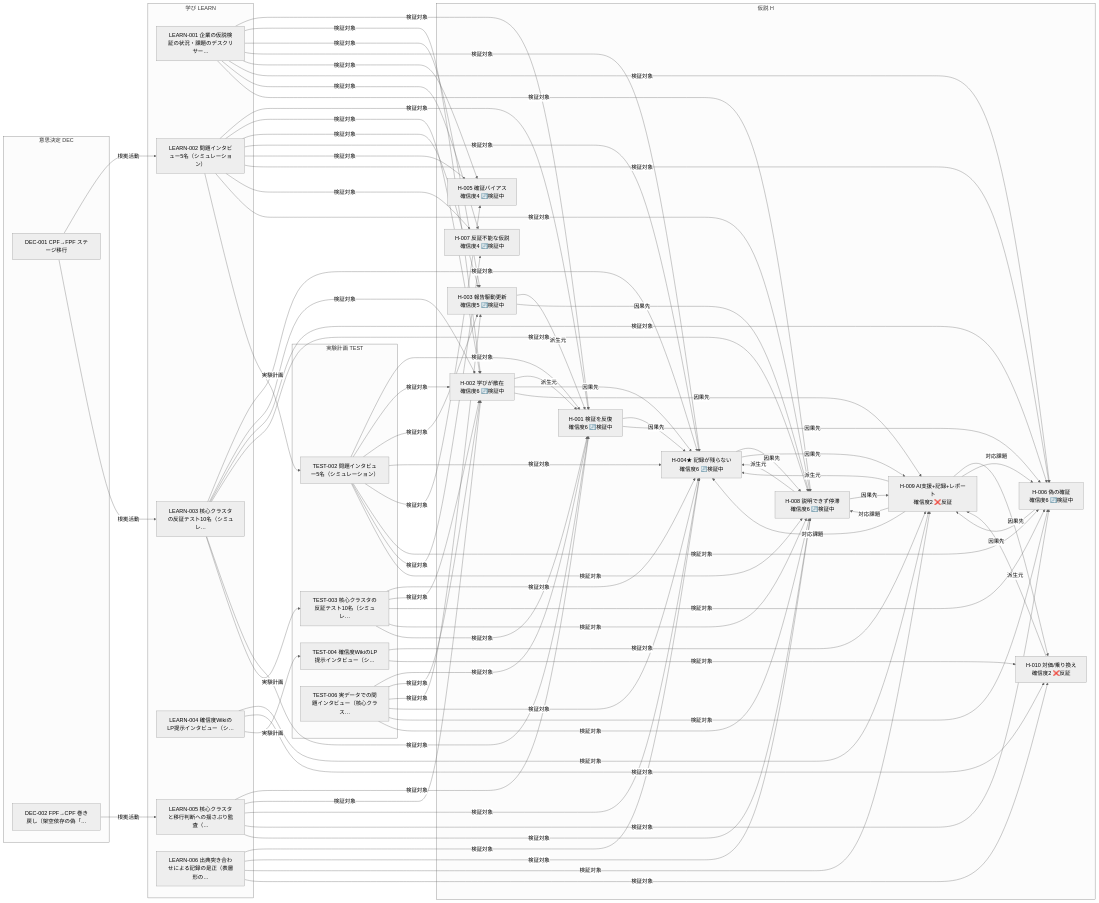
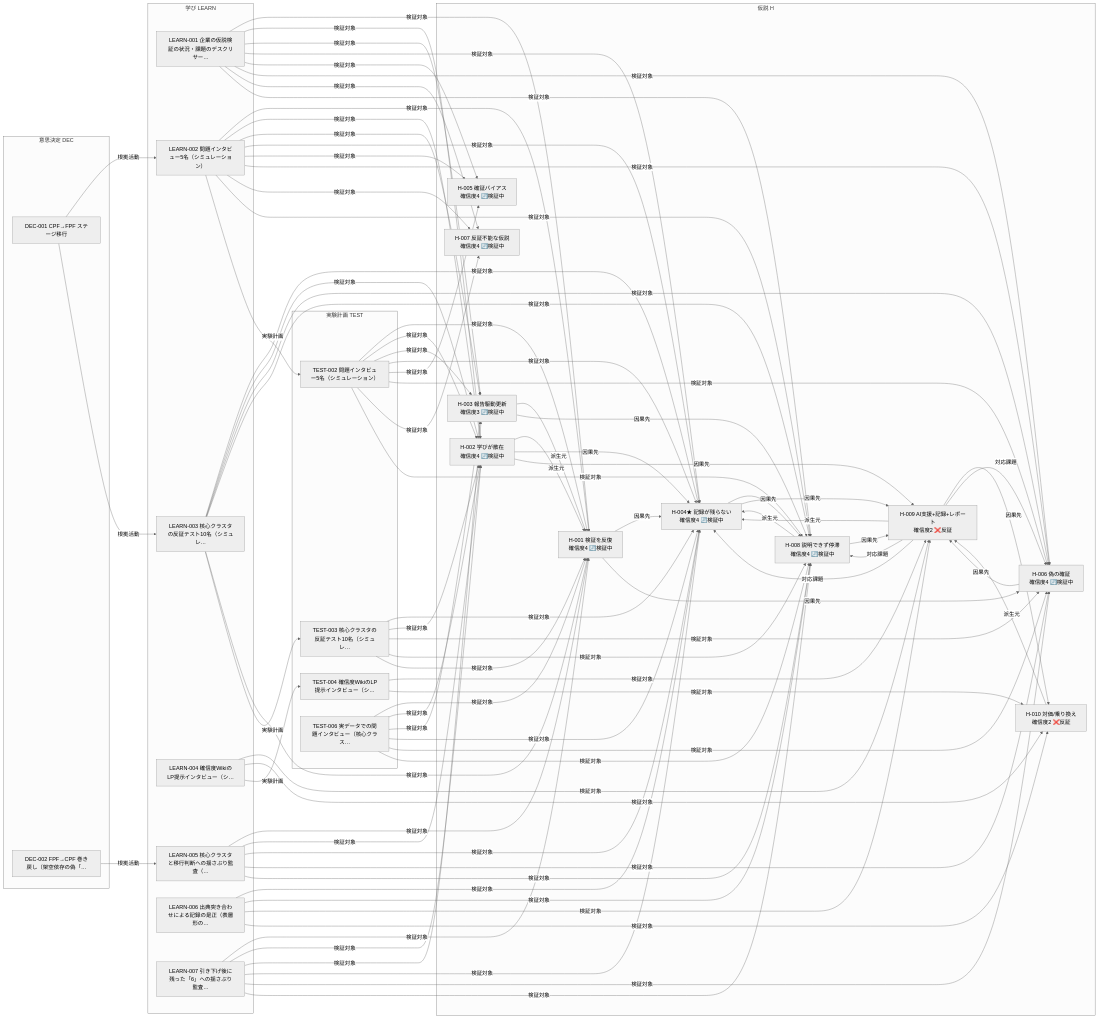
Before and after one commit to haru01/hypothesis-wiki: the diagram in projects/self/wiki/views/relations.md, drawn with Mermaid (neutral theme). The commit also changed other lines of this file and 16 other files, not shown here.

First line of the commit message:
chabudai: 揺さぶり監査 第2ラウンド — 核心クラスタの確信度を 6→4 に是正（SELF-LEARN-007） (#46)

````diff
--- a/projects/self/wiki/views/relations.md
+++ b/projects/self/wiki/views/relations.md
@@ -10,14 +10,14 @@
 ```mermaid
 flowchart LR
     subgraph H["仮説 H"]
-      SELF_H_001["H-001 検証を反復<br/>確信度6 🔄検証中"]
-      SELF_H_002["H-002 学びが散在<br/>確信度6 🔄検証中"]
-      SELF_H_003["H-003 報告駆動更新<br/>確信度5 🔄検証中"]
-      SELF_H_004["H-004★ 記録が残らない<br/>確信度6 🔄検証中"]
+      SELF_H_001["H-001 検証を反復<br/>確信度4 🔄検証中"]
+      SELF_H_002["H-002 学びが散在<br/>確信度4 🔄検証中"]
+      SELF_H_003["H-003 報告駆動更新<br/>確信度3 🔄検証中"]
+      SELF_H_004["H-004★ 記録が残らない<br/>確信度4 🔄検証中"]
       SELF_H_005["H-005 確証バイアス<br/>確信度4 🔄検証中"]
-      SELF_H_006["H-006 偽の確証<br/>確信度6 🔄検証中"]
+      SELF_H_006["H-006 偽の確証<br/>確信度4 🔄検証中"]
       SELF_H_007["H-007 反証不能な仮説<br/>確信度4 🔄検証中"]
-      SELF_H_008["H-008 説明できず停滞<br/>確信度6 🔄検証中"]
+      SELF_H_008["H-008 説明できず停滞<br/>確信度4 🔄検証中"]
       SELF_H_009["H-009 AI支援+記録+レポート<br/>確信度2 ❌反証"]
       SELF_H_010["H-010 対価/乗り換え<br/>確信度2 ❌反証"]
     end
@@ -34,6 +34,7 @@
       SELF_LEARN_004["LEARN-004 確信度WikiのLP提示インタビュー（シ…"]
       SELF_LEARN_005["LEARN-005 核心クラスタと移行判断への揺さぶり監査（…"]
       SELF_LEARN_006["LEARN-006 出典突き合わせによる記録の是正（表層形の…"]
+      SELF_LEARN_007["LEARN-007 引き下げ後に残った「6」への揺さぶり監査…"]
     end
     subgraph DEC["意思決定 DEC"]
       SELF_DEC_001["DEC-001 CPF→FPF ステージ移行"]
@@ -113,6 +114,12 @@
     SELF_LEARN_006 -->|検証対象| SELF_H_008
     SELF_LEARN_006 -->|検証対象| SELF_H_009
     SELF_LEARN_006 -->|検証対象| SELF_H_010
+    SELF_LEARN_007 -->|検証対象| SELF_H_001
+    SELF_LEARN_007 -->|検証対象| SELF_H_002
+    SELF_LEARN_007 -->|検証対象| SELF_H_003
+    SELF_LEARN_007 -->|検証対象| SELF_H_004
+    SELF_LEARN_007 -->|検証対象| SELF_H_006
+    SELF_LEARN_007 -->|検証対象| SELF_H_008
     SELF_DEC_001 -->|根拠活動| SELF_LEARN_002
     SELF_DEC_001 -->|根拠活動| SELF_LEARN_003
     SELF_DEC_002 -->|根拠活動| SELF_LEARN_005
````
